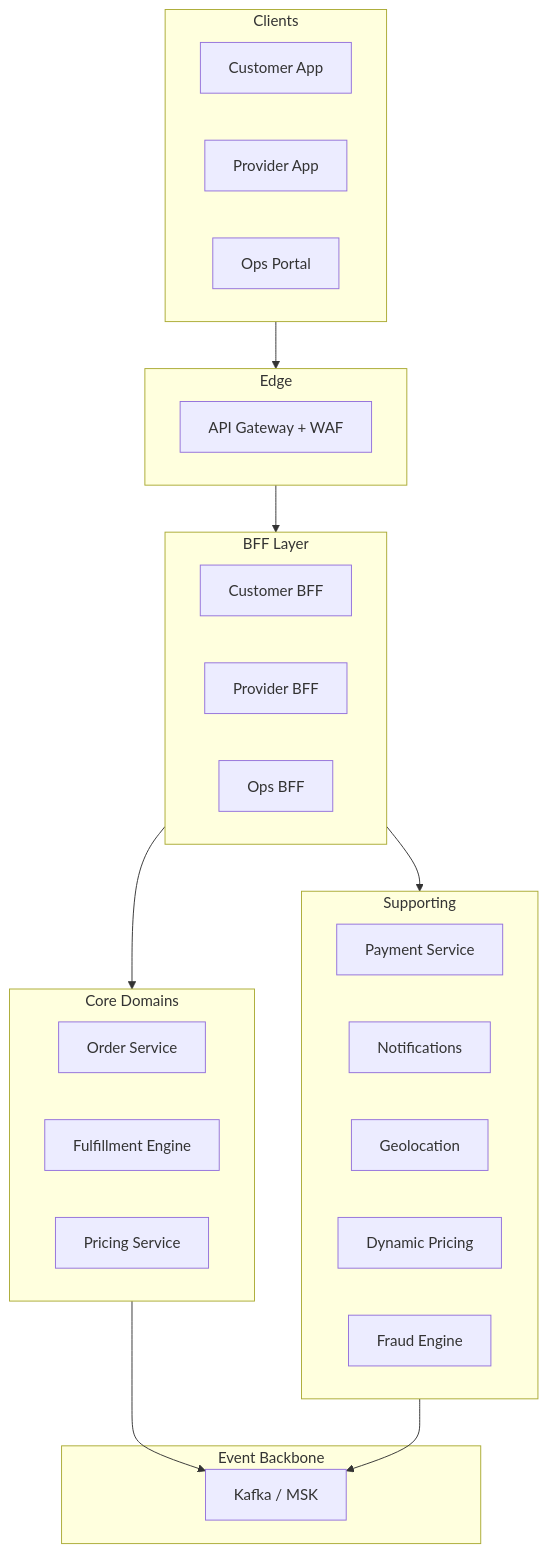
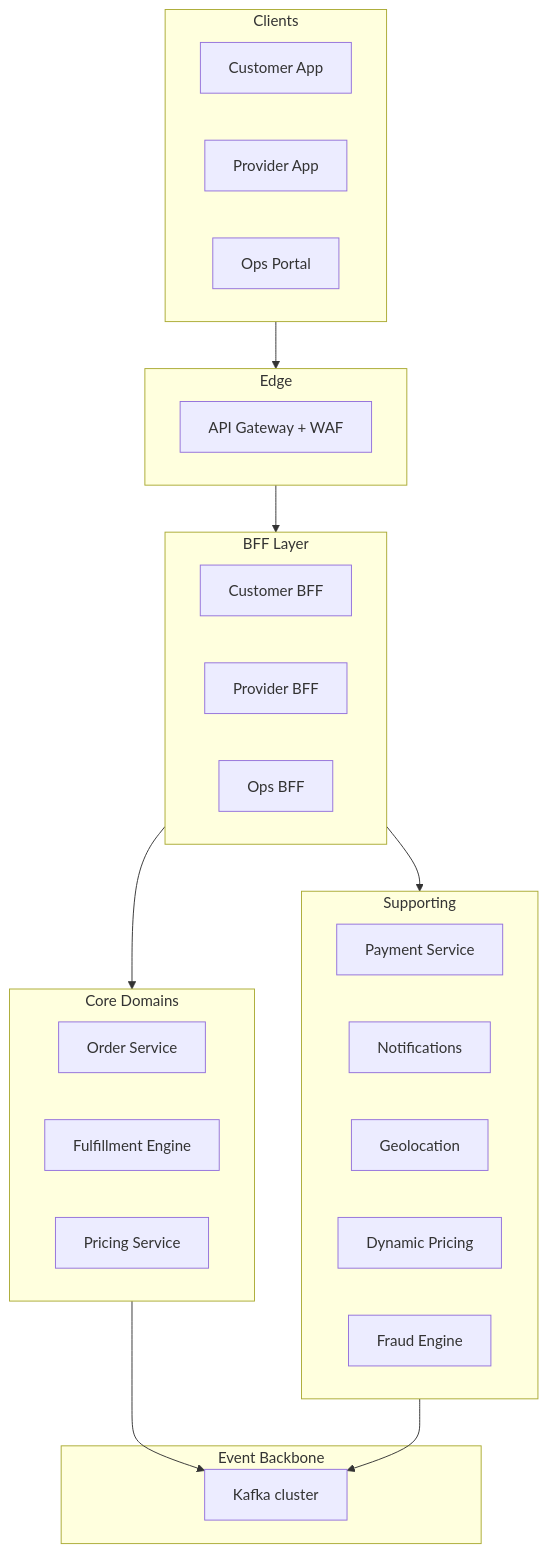
One commit to rishikeshdhokare/platform-manifesto changed the first of 2 diagrams in 02-architecture-and-api/01-system-architecture.md. Above: the diagram before and after it, drawn with Mermaid. The commit also changed other lines of this file and 64 other files, not shown here.

````diff
--- a/02-architecture-and-api/01-system-architecture.md
+++ b/02-architecture-and-api/01-system-architecture.md
@@ -67,37 +69,37 @@
 ```mermaid
 flowchart TB
     subgraph clients [Clients]
         CustomerApp[Customer App]
         ProviderApp[Provider App]
         OpsPortal[Ops Portal]
     end
     subgraph gateway [Edge]
         APIGW[API Gateway + WAF]
     end
     subgraph bffs [BFF Layer]
         CustBFF[Customer BFF]
         ProvBFF[Provider BFF]
         OpsBFF[Ops BFF]
     end
     subgraph core [Core Domains]
         Orders[Order Service]
         Fulfill[Fulfillment Engine]
         Pricing[Pricing Service]
     end
     subgraph support [Supporting]
         Payments[Payment Service]
         Notif[Notifications]
         Geo[Geolocation]
         DynPrice[Dynamic Pricing]
         Fraud[Fraud Engine]
     end
     subgraph backbone [Event Backbone]
-        Kafka[Kafka / MSK]
+        Kafka[Kafka cluster]
     end
     clients --> gateway
     gateway --> bffs
     bffs --> core
     bffs --> support
     core --> Kafka
     support --> Kafka
 ```
````
